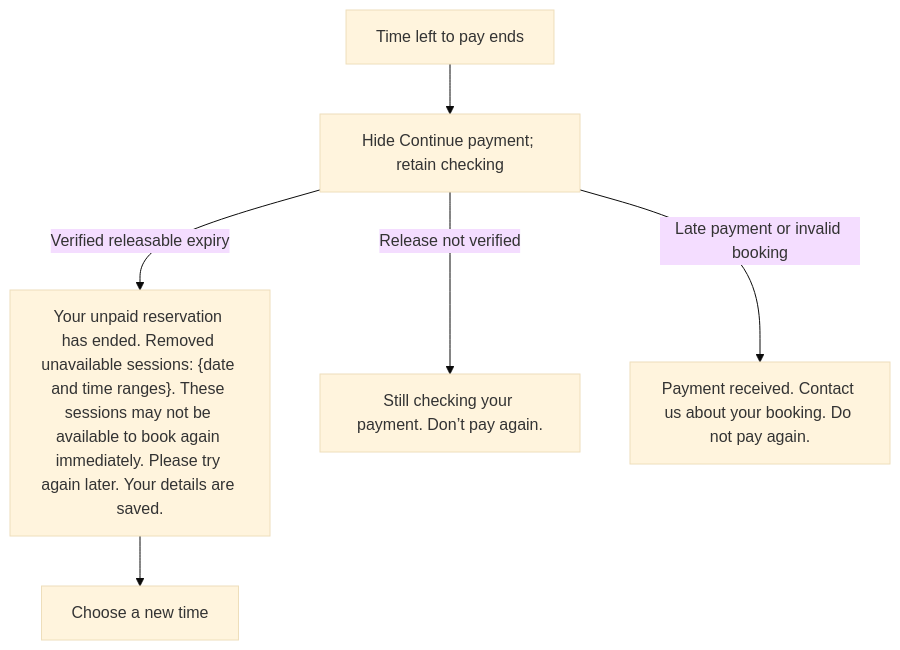
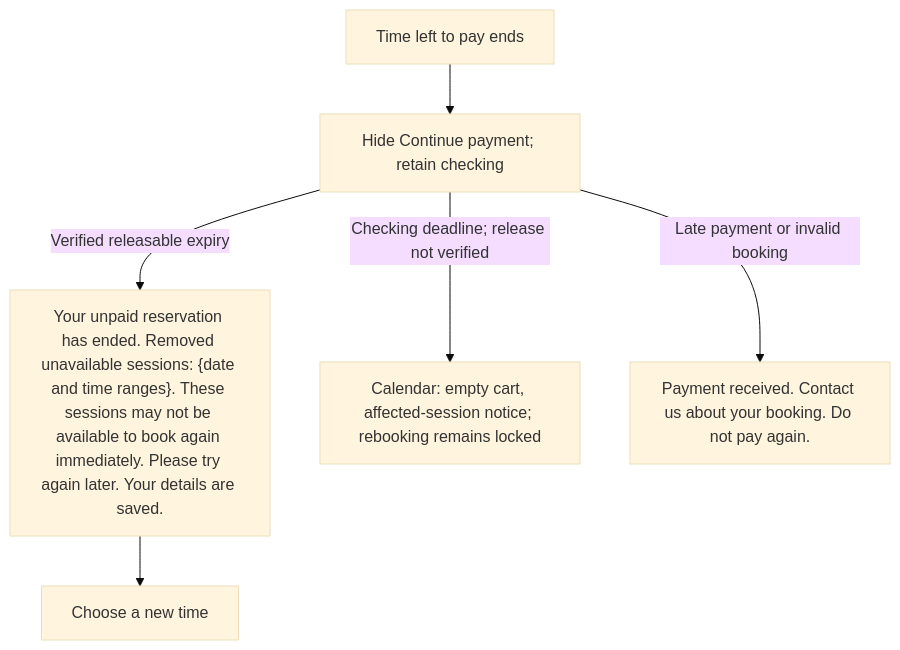
Diagram 13 of 19 in docs/booking-flows.md (soccerbotstudiosg/soccerbotstudioSG), drawn with Mermaid (base theme) before and after one commit. The commit also changed other lines of this file and 30 other files, not shown here.

````diff
--- a/docs/booking-flows.md
+++ b/docs/booking-flows.md
@@ -201,8 +201,8 @@
 ```mermaid
 flowchart TD
   A["Time left to pay ends"] --> B["Hide Continue payment; retain checking"]
   B -->|Verified releasable expiry| C["Your unpaid reservation has ended. Removed unavailable sessions: {date and time ranges}. These sessions may not be available to book again immediately. Please try again later. Your details are saved."]
-  B -->|Release not verified| D["Still checking your payment. Don’t pay again."]
+  B -->|Checking deadline; release not verified| D["Calendar: empty cart, affected-session notice; rebooking remains locked"]
   B -->|Late payment or invalid booking| E["Payment received. Contact us about your booking. Do not pay again."]
   C --> F["Choose a new time"]
 ```
````
